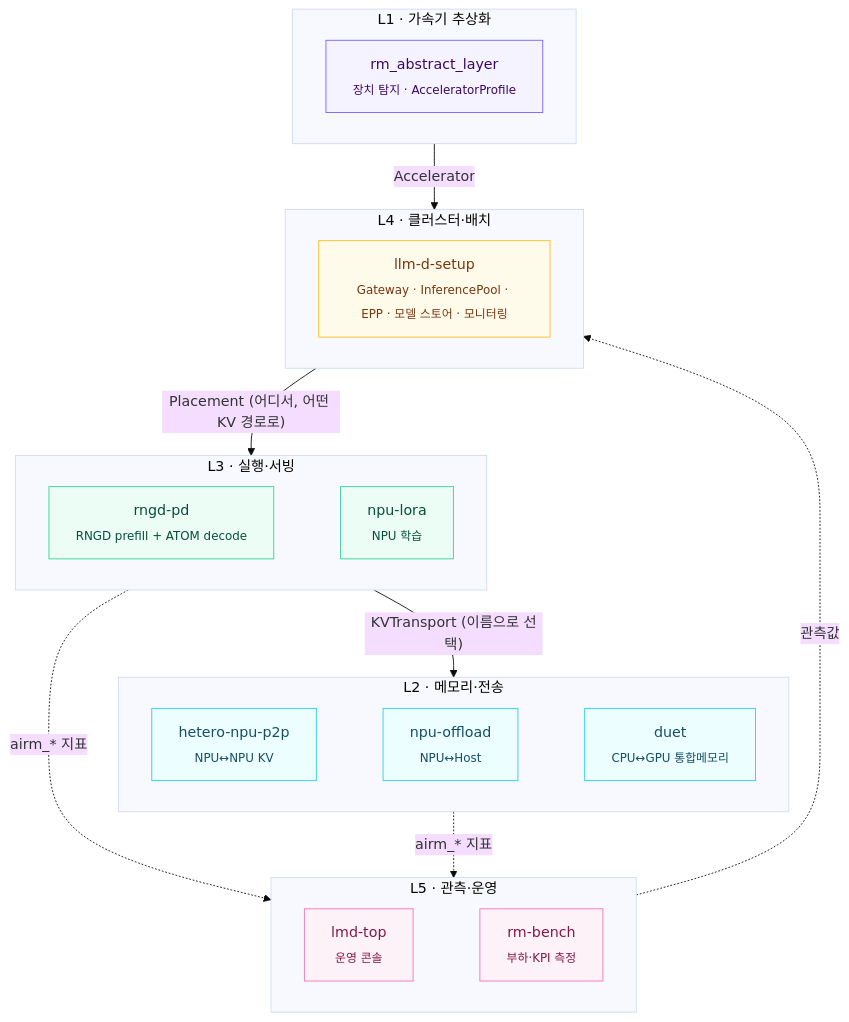
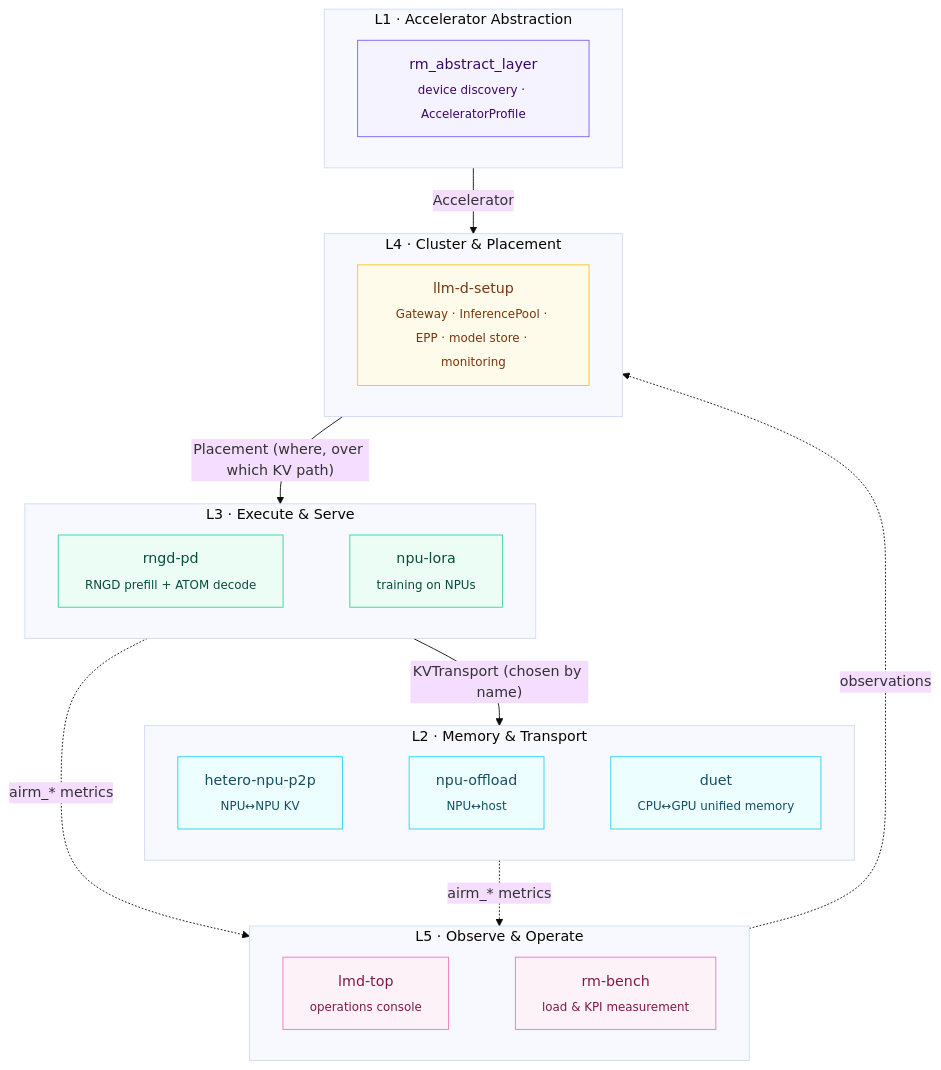
One commit to ai-computing/ai-rm changed the diagram in README.md. Above: the diagram before and after it, drawn with Mermaid (base theme). The commit also changed other lines of this file and 2 other files, not shown here.

````diff
--- a/README.md
+++ b/README.md
@@ -53,39 +58,39 @@
 ```mermaid
 flowchart TB
-    subgraph L5["L5 · 관측·운영"]
+    subgraph L5["L5 · Observe & Operate"]
       direction LR
-      lmd["lmd-top<br/><sub>운영 콘솔</sub>"] ~~~ bench["rm-bench<br/><sub>부하·KPI 측정</sub>"]
+      lmd["lmd-top<br/><sub>operations console</sub>"] ~~~ bench["rm-bench<br/><sub>load & KPI measurement</sub>"]
     end
-    subgraph L4["L4 · 클러스터·배치"]
-      llmd["llm-d-setup<br/><sub>Gateway · InferencePool · EPP · 모델 스토어 · 모니터링</sub>"]
+    subgraph L4["L4 · Cluster & Placement"]
+      llmd["llm-d-setup<br/><sub>Gateway · InferencePool · EPP · model store · monitoring</sub>"]
     end
-    subgraph L3["L3 · 실행·서빙"]
+    subgraph L3["L3 · Execute & Serve"]
       direction LR
-      pd["rngd-pd<br/><sub>RNGD prefill + ATOM decode</sub>"] ~~~ lora["npu-lora<br/><sub>NPU 학습</sub>"]
+      pd["rngd-pd<br/><sub>RNGD prefill + ATOM decode</sub>"] ~~~ lora["npu-lora<br/><sub>training on NPUs</sub>"]
     end
-    subgraph L2["L2 · 메모리·전송"]
+    subgraph L2["L2 · Memory & Transport"]
       direction LR
-      p2p["hetero-npu-p2p<br/><sub>NPU↔NPU KV</sub>"] ~~~ off["npu-offload<br/><sub>NPU↔Host</sub>"] ~~~ duet["duet<br/><sub>CPU↔GPU 통합메모리</sub>"]
+      p2p["hetero-npu-p2p<br/><sub>NPU↔NPU KV</sub>"] ~~~ off["npu-offload<br/><sub>NPU↔host</sub>"] ~~~ duet["duet<br/><sub>CPU↔GPU unified memory</sub>"]
     end
-    subgraph L1["L1 · 가속기 추상화"]
-      rma["rm_abstract_layer<br/><sub>장치 탐지 · AcceleratorProfile</sub>"]
+    subgraph L1["L1 · Accelerator Abstraction"]
+      rma["rm_abstract_layer<br/><sub>device discovery · AcceleratorProfile</sub>"]
     end
 
     L1 -- "Accelerator" --> L4
-    L4 -- "Placement (어디서, 어떤 KV 경로로)" --> L3
-    L3 -- "KVTransport (이름으로 선택)" --> L2
-    L3 -. "airm_* 지표" .-> L5
-    L2 -. "airm_* 지표" .-> L5
-    L5 -. "관측값" .-> L4
+    L4 -- "Placement (where, over which KV path)" --> L3
+    L3 -- "KVTransport (chosen by name)" --> L2
+    L3 -. "airm_* metrics" .-> L5
+    L2 -. "airm_* metrics" .-> L5
+    L5 -. "observations" .-> L4
 
     classDef l5 fill:#fdf2f8,stroke:#f472b6,color:#831843
     classDef l4 fill:#fffbeb,stroke:#fbbf24,color:#78350f
     classDef l3 fill:#ecfdf5,stroke:#34d399,color:#064e3b
     classDef l2 fill:#ecfeff,stroke:#22d3ee,color:#164e63
     classDef l1 fill:#f5f3ff,stroke:#7c5cff,color:#3b0764
     class lmd,bench l5
     class llmd l4
     class pd,lora l3
     class p2p,off,duet l2
     class rma l1
 ```
````
